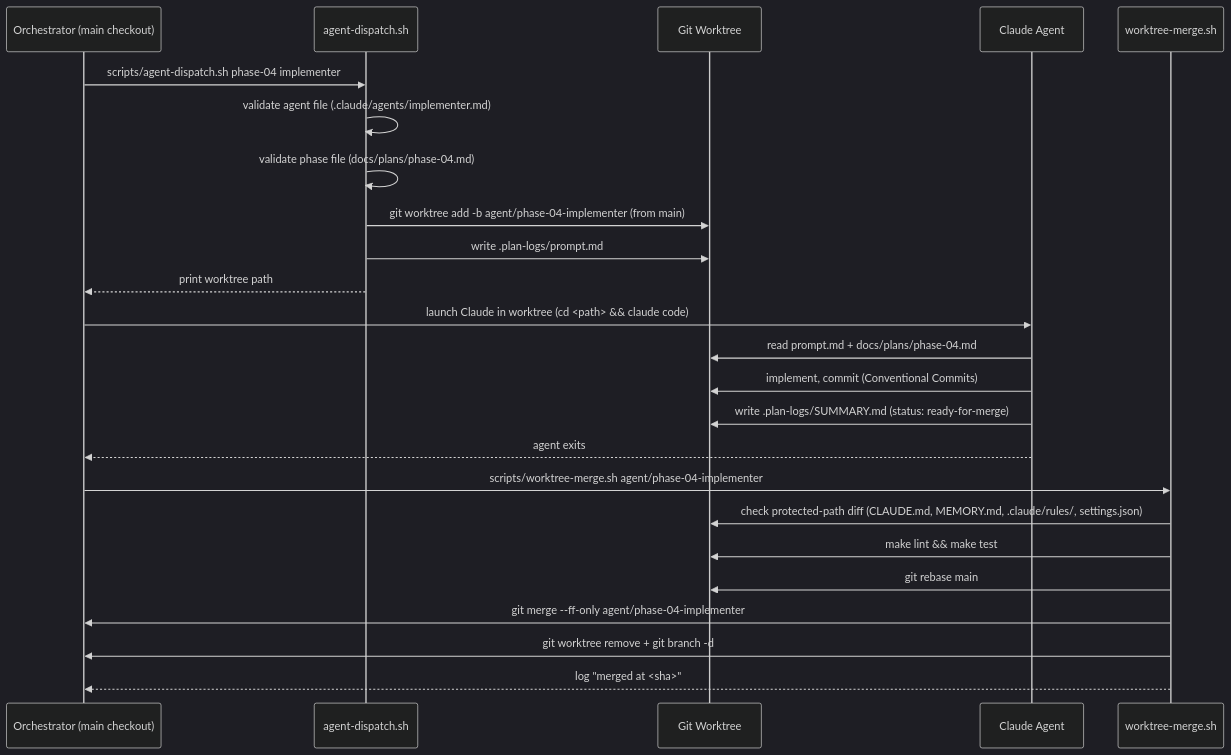
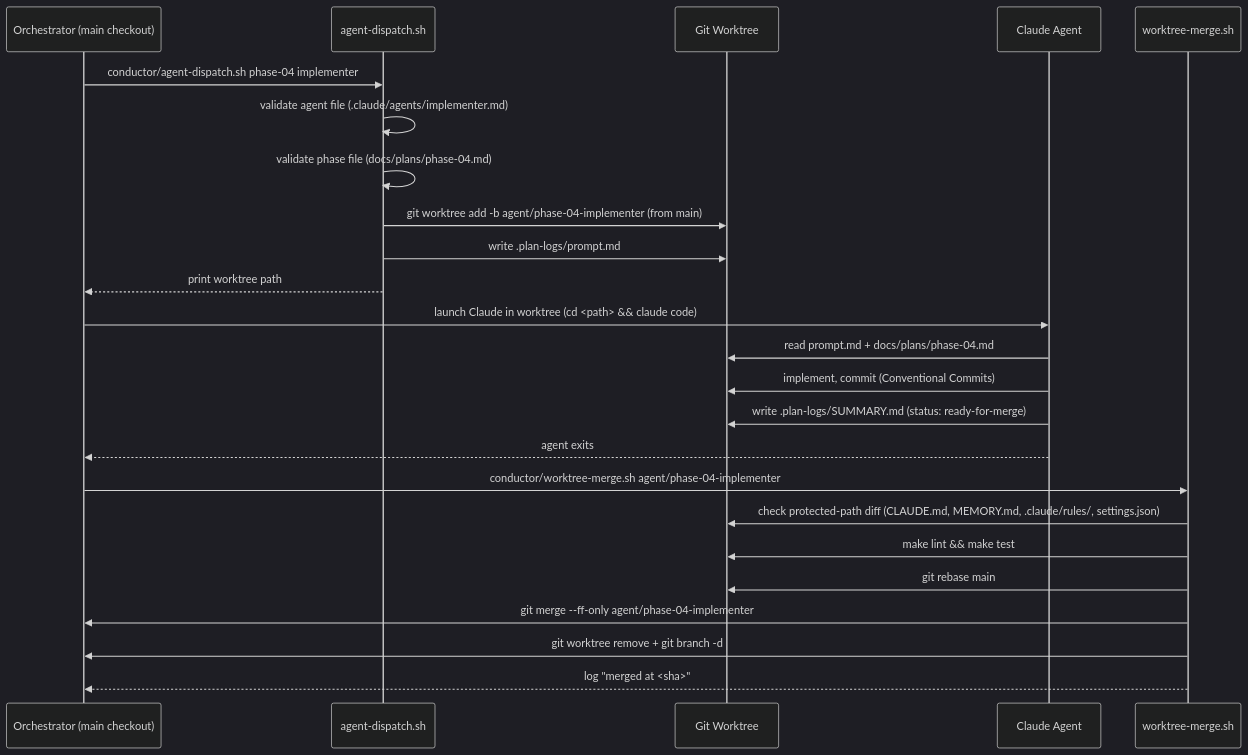
The first of 2 diagrams in book/docs/development/multi-agent.md (jakeboardman47/keese), drawn with Mermaid (dark theme) before and after one commit. The commit also changed other lines of this file and 77 other files, not shown here.

````diff
--- a/book/docs/development/multi-agent.md
+++ b/book/docs/development/multi-agent.md
@@ -37,29 +40,29 @@
 ```mermaid
 sequenceDiagram
     participant O as Orchestrator (main checkout)
     participant D as agent-dispatch.sh
     participant W as Git Worktree
     participant A as Claude Agent
     participant M as worktree-merge.sh
 
-    O->>D: scripts/agent-dispatch.sh phase-04 implementer
+    O->>D: conductor/agent-dispatch.sh phase-04 implementer
     D->>D: validate agent file (.claude/agents/implementer.md)
     D->>D: validate phase file (docs/plans/phase-04.md)
     D->>W: git worktree add -b agent/phase-04-implementer (from main)
     D->>W: write .plan-logs/prompt.md
     D-->>O: print worktree path
 
     O->>A: launch Claude in worktree (cd <path> && claude code)
     A->>W: read prompt.md + docs/plans/phase-04.md
     A->>W: implement, commit (Conventional Commits)
     A->>W: write .plan-logs/SUMMARY.md (status: ready-for-merge)
     A-->>O: agent exits
 
-    O->>M: scripts/worktree-merge.sh agent/phase-04-implementer
+    O->>M: conductor/worktree-merge.sh agent/phase-04-implementer
     M->>W: check protected-path diff (CLAUDE.md, MEMORY.md, .claude/rules/, settings.json)
     M->>W: make lint && make test
     M->>W: git rebase main
     M->>O: git merge --ff-only agent/phase-04-implementer
     M->>O: git worktree remove + git branch -d
     M-->>O: log "merged at <sha>"
 ```
````
